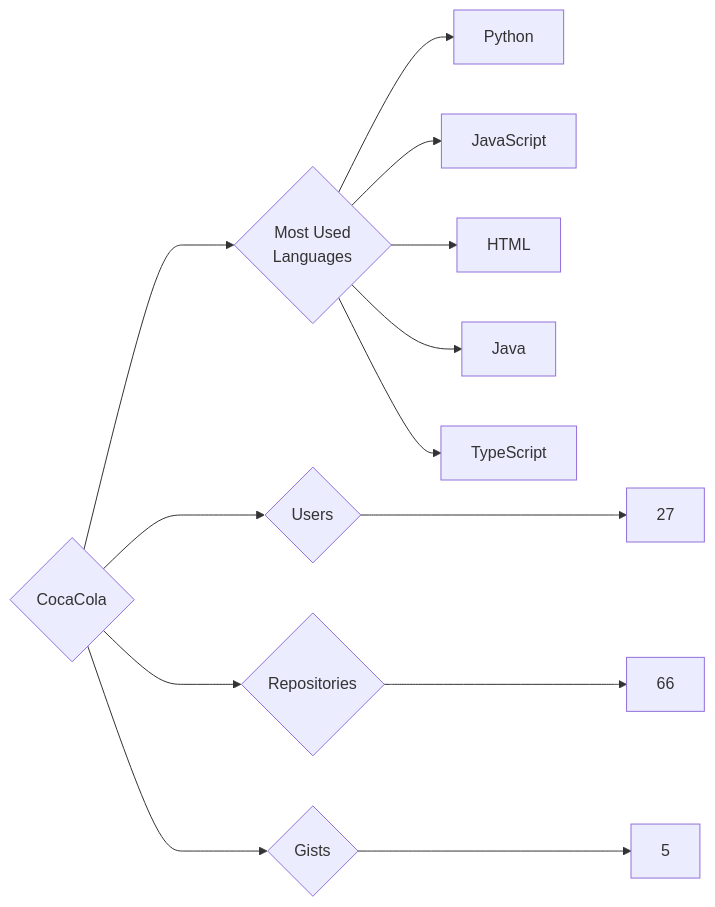
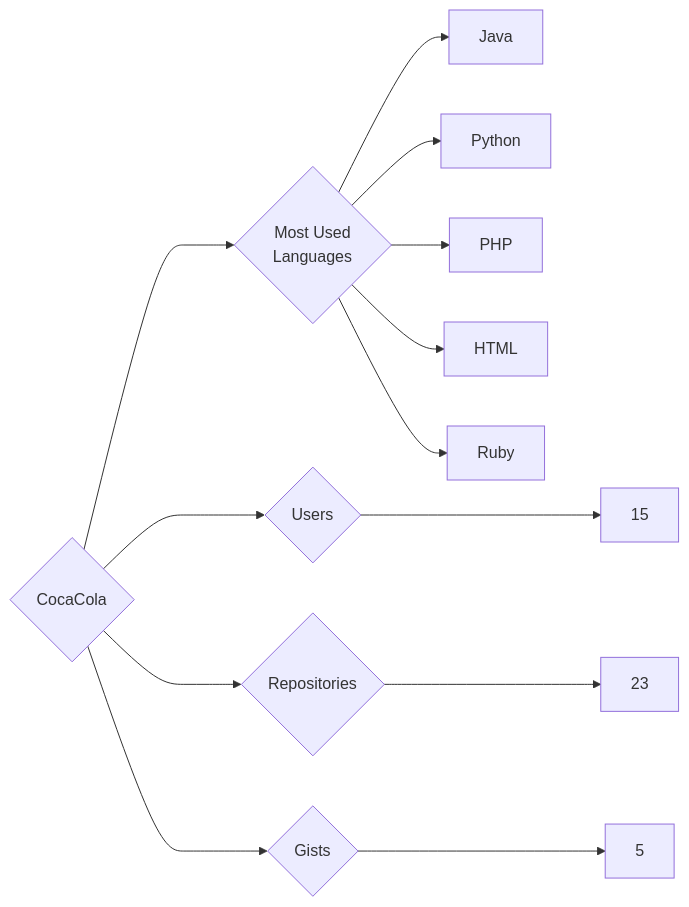
The diagram in targets/CocaCola/README.md (trickest/insiders), drawn with Mermaid before and after one commit. The commit also changed 914 other files, not shown here.

````diff
--- a/targets/CocaCola/README.md
+++ b/targets/CocaCola/README.md
@@ -3,13 +3,13 @@
 ```mermaid
 graph LR
 COMPANY_NAME{CocaCola}
-COMPANY_NAME ---> U{Users} ---> UN[27]
-COMPANY_NAME ---> R{Repositories} ---> RN[66]
+COMPANY_NAME ---> U{Users} ---> UN[15]
+COMPANY_NAME ---> R{Repositories} ---> RN[23]
 COMPANY_NAME ---> G{Gists} ---> GN[5]
 COMPANY_NAME ---> ML{Most Used<br>Languages}
+ML --> Java[Java]
 ML --> Python[Python]
-ML --> JavaScript[JavaScript]
+ML --> PHP[PHP]
 ML --> HTML[HTML]
-ML --> Java[Java]
-ML --> TypeScript[TypeScript]
+ML --> Ruby[Ruby]
 ```
````
